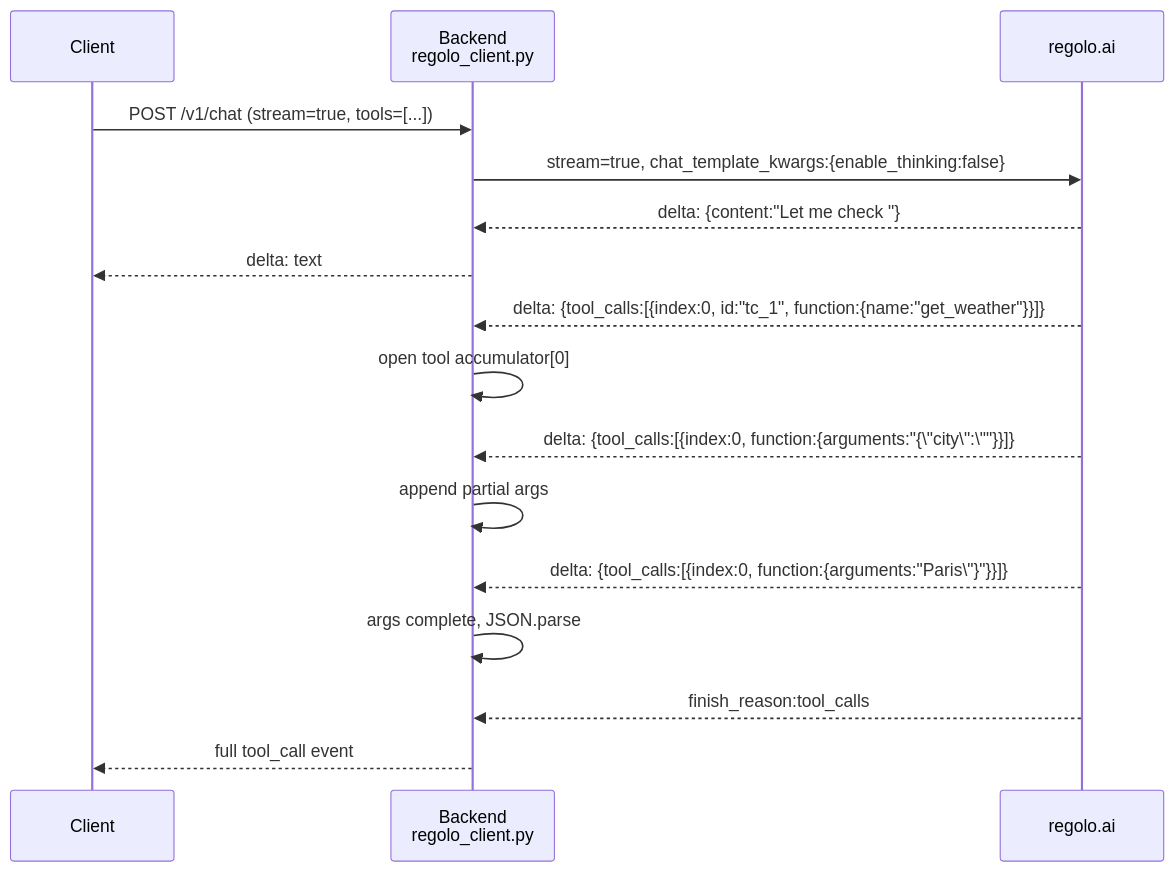
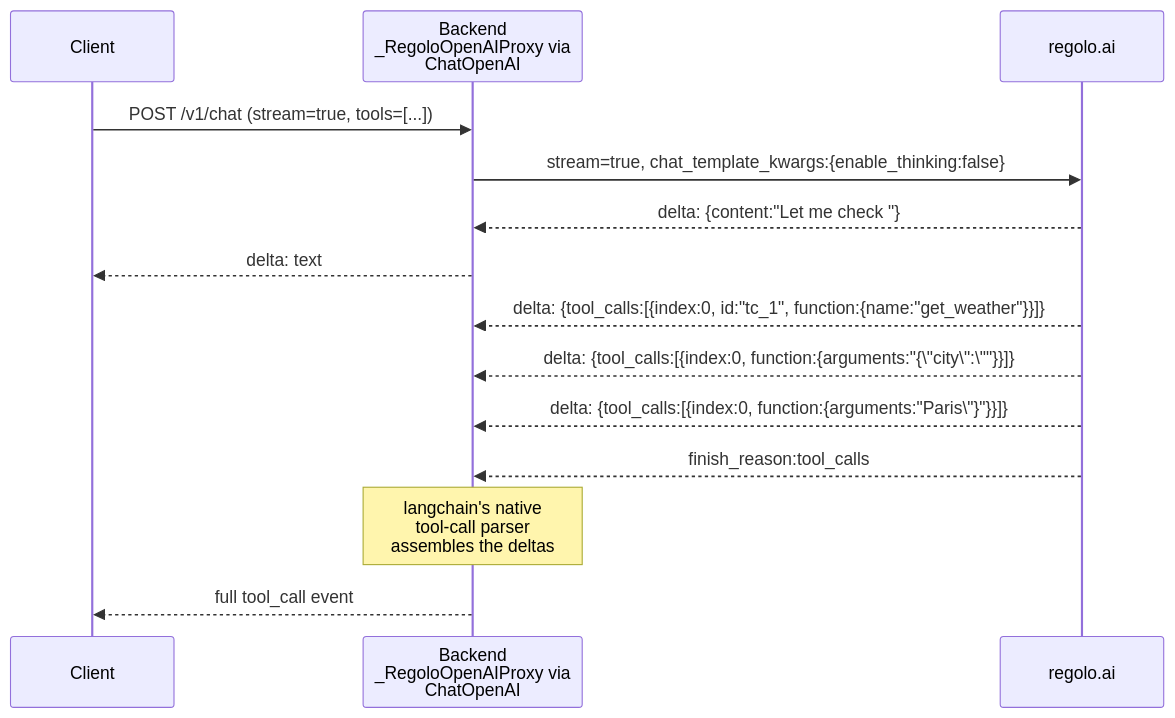
One commit to Euraika-Labs/omi-regolo-integration changed the third of 3 diagrams in desktop/docs/REGOLO_INTEGRATION.md. Above: the diagram before and after it, drawn with Mermaid. The commit also changed other lines of this file, not shown here.

First line of the commit message:
docs: sync REGOLO_INTEGRATION.md with M0 corrections from omi worktree

````diff
--- a/desktop/docs/REGOLO_INTEGRATION.md
+++ b/desktop/docs/REGOLO_INTEGRATION.md
@@ -150,19 +183,17 @@
 ```mermaid
 sequenceDiagram
     participant C as Client
-    participant B as Backend<br/>regolo_client.py
+    participant B as Backend<br/>_RegoloOpenAIProxy via<br/>ChatOpenAI
     participant R as regolo.ai
 
     C->>B: POST /v1/chat (stream=true, tools=[...])
     B->>R: stream=true, chat_template_kwargs:{enable_thinking:false}
     R-->>B: delta: {content:"Let me check "}
     B-->>C: delta: text
     R-->>B: delta: {tool_calls:[{index:0, id:"tc_1", function:{name:"get_weather"}}]}
-    B->>B: open tool accumulator[0]
     R-->>B: delta: {tool_calls:[{index:0, function:{arguments:"{\"city\":\""}}]}
-    B->>B: append partial args
     R-->>B: delta: {tool_calls:[{index:0, function:{arguments:"Paris\"}"}}]}
-    B->>B: args complete, JSON.parse
     R-->>B: finish_reason:tool_calls
+    Note over B: langchain's native<br/>tool-call parser<br/>assembles the deltas
     B-->>C: full tool_call event
 ```
````
